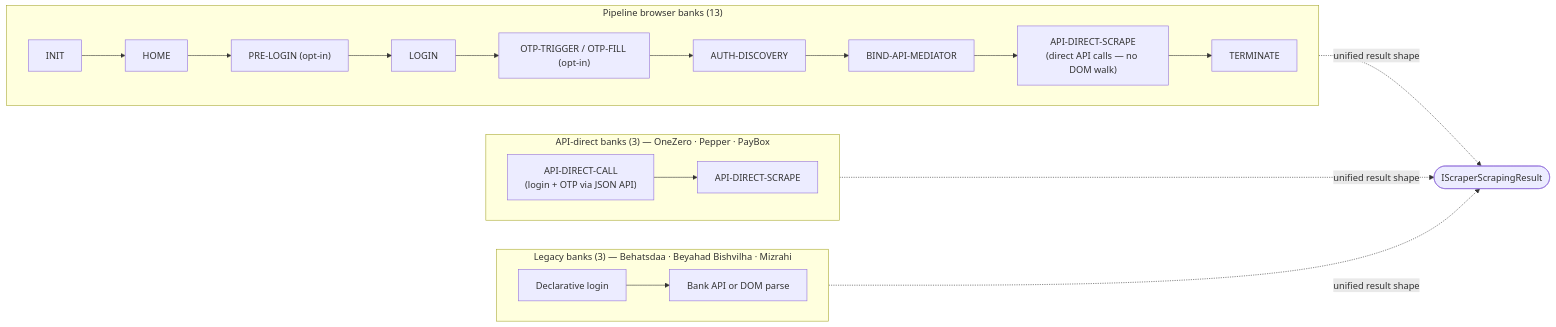
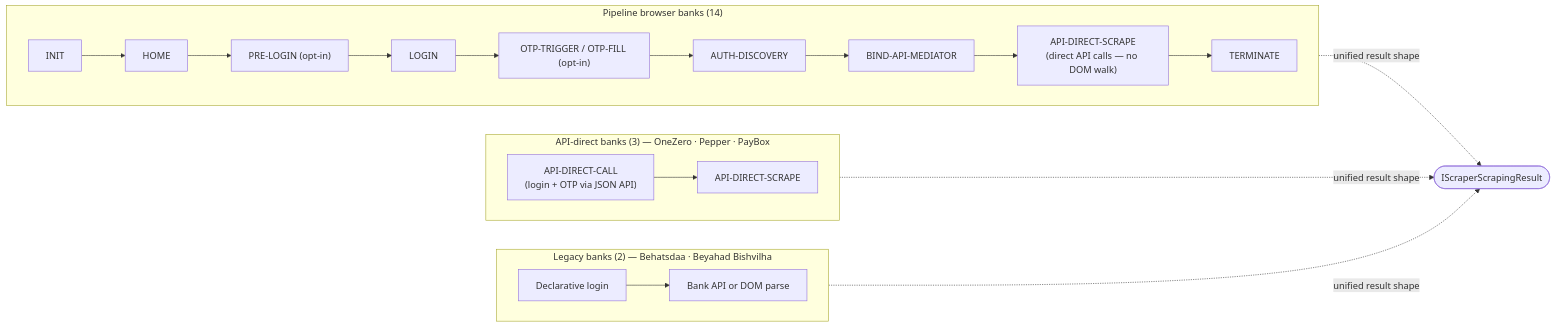
One commit to sergienko4/israeli-bank-scrapers changed the diagram in README.md. Above: the diagram before and after it, drawn with Mermaid. The commit also changed other lines of this file and 170 other files, not shown here.

````diff
--- a/README.md
+++ b/README.md
@@ -381,27 +385,27 @@
 ```mermaid
 flowchart LR
-    subgraph BB["Pipeline browser banks (13)"]
+    subgraph BB["Pipeline browser banks (14)"]
       direction LR
       INIT --> HOME --> PRELOGIN["PRE-LOGIN (opt-in)"]
       PRELOGIN --> LOGIN
       LOGIN --> OTP["OTP-TRIGGER / OTP-FILL (opt-in)"]
       OTP --> AUTH["AUTH-DISCOVERY"]
       AUTH --> BIND["BIND-API-MEDIATOR"]
       BIND --> SCRAPE["API-DIRECT-SCRAPE<br/>(direct API calls — no DOM walk)"]
       SCRAPE --> TERM["TERMINATE"]
     end
 
     subgraph API["API-direct banks (3) — OneZero · Pepper · PayBox"]
       direction LR
       CALL["API-DIRECT-CALL<br/>(login + OTP via JSON API)"] --> SCR["API-DIRECT-SCRAPE"]
     end
 
-    subgraph LEG["Legacy banks (3) — Behatsdaa · Beyahad Bishvilha · Mizrahi"]
+    subgraph LEG["Legacy banks (2) — Behatsdaa · Beyahad Bishvilha"]
       direction LR
       LLOGIN["Declarative login"] --> LFETCH["Bank API or DOM parse"]
     end
 
     BB -.->|"unified result shape"| RESULT(["IScraperScrapingResult"])
     API -.->|"unified result shape"| RESULT
     LEG -.->|"unified result shape"| RESULT
 ```
````
